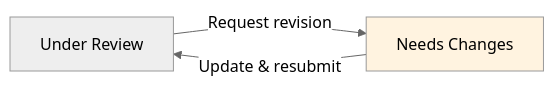
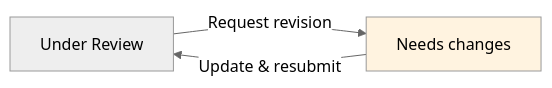
Before and after one commit to OpenSPP/documentation: the fourth of 4 diagrams in docs/learn/concepts/change-requests.md, drawn with Mermaid (neutral theme). The commit also changed other lines of this file and 36 other files, not shown here.

````diff
--- a/docs/learn/concepts/change-requests.md
+++ b/docs/learn/concepts/change-requests.md
@@ -172,7 +172,7 @@
 ```{mermaid}
 graph LR
-    P[Under Review] --> |Request revision| R[Needs Changes]
+    P[Under Review] --> |Request revision| R[Needs changes]
     R --> |Update & resubmit| P
 
     style R fill:#fff3e0
 ```
````
